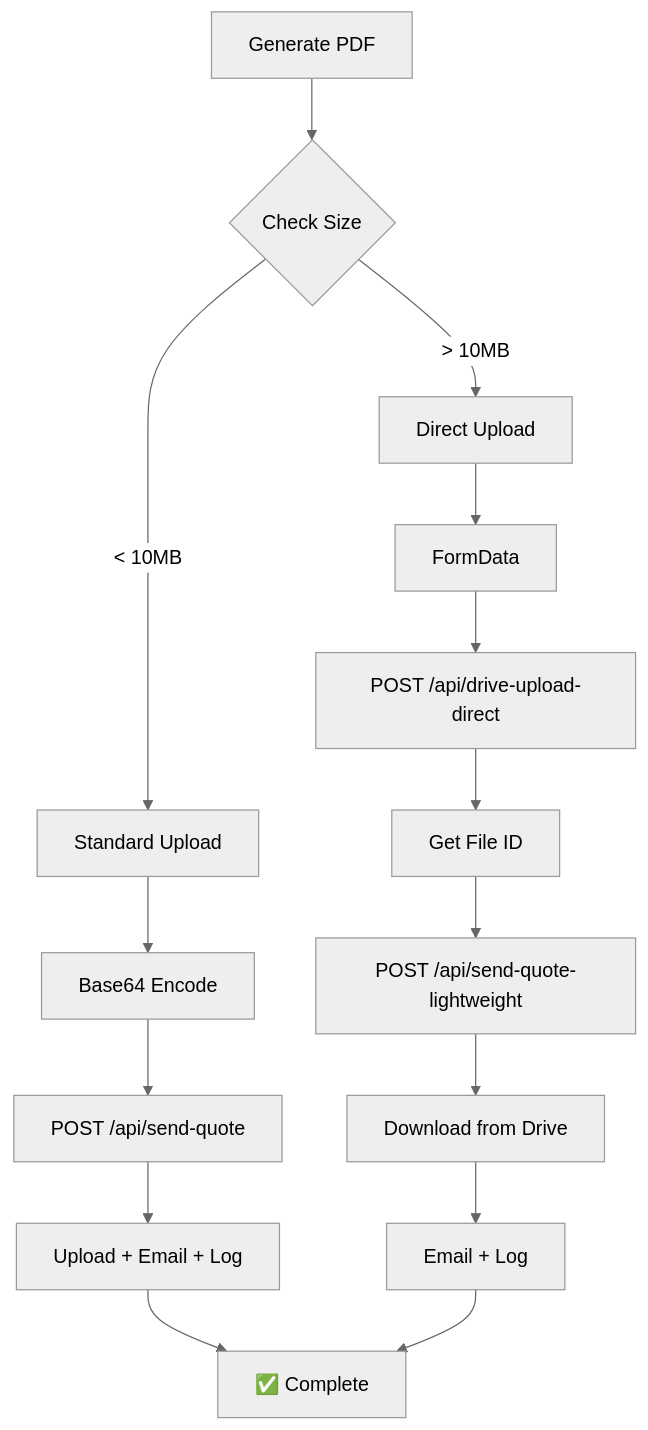
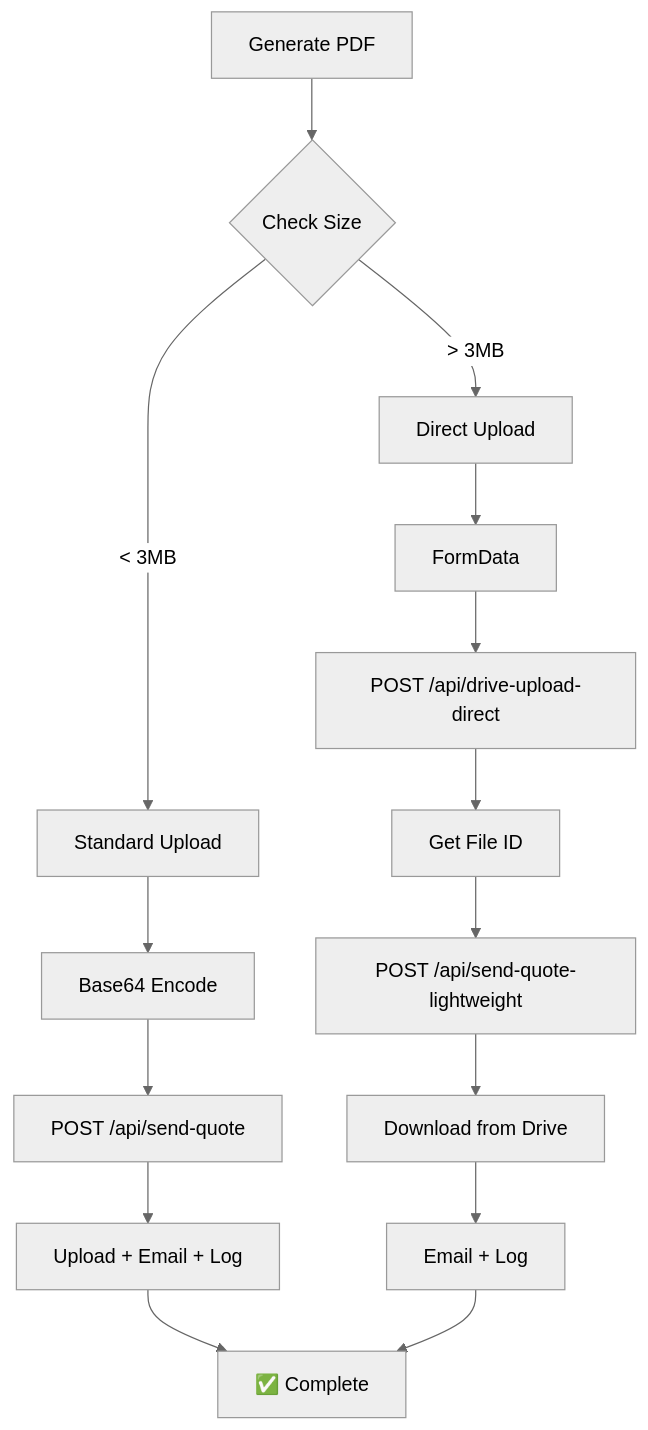
Before and after one commit to marketingdialarme/generateur-devis: the diagram in HTTP_413_FIX.md, drawn with Mermaid (neutral theme). The commit also changed other lines of this file and 1 other file, not shown here.

````diff
--- a/HTTP_413_FIX.md
+++ b/HTTP_413_FIX.md
@@ -71,20 +71,20 @@
 ```mermaid
 graph TD
     A[Generate PDF] --> B{Check Size}
-    B -->|< 10MB| C[Standard Upload]
-    B -->|> 10MB| D[Direct Upload]
+    B -->|< 3MB| C[Standard Upload]
+    B -->|> 3MB| D[Direct Upload]
     
     C --> E[Base64 Encode]
     E --> F[POST /api/send-quote]
     F --> G[Upload + Email + Log]
     
     D --> H[FormData]
     H --> I[POST /api/drive-upload-direct]
     I --> J[Get File ID]
     J --> K[POST /api/send-quote-lightweight]
     K --> L[Download from Drive]
     L --> M[Email + Log]
     
     G --> N[✅ Complete]
     M --> N
 ```
````
